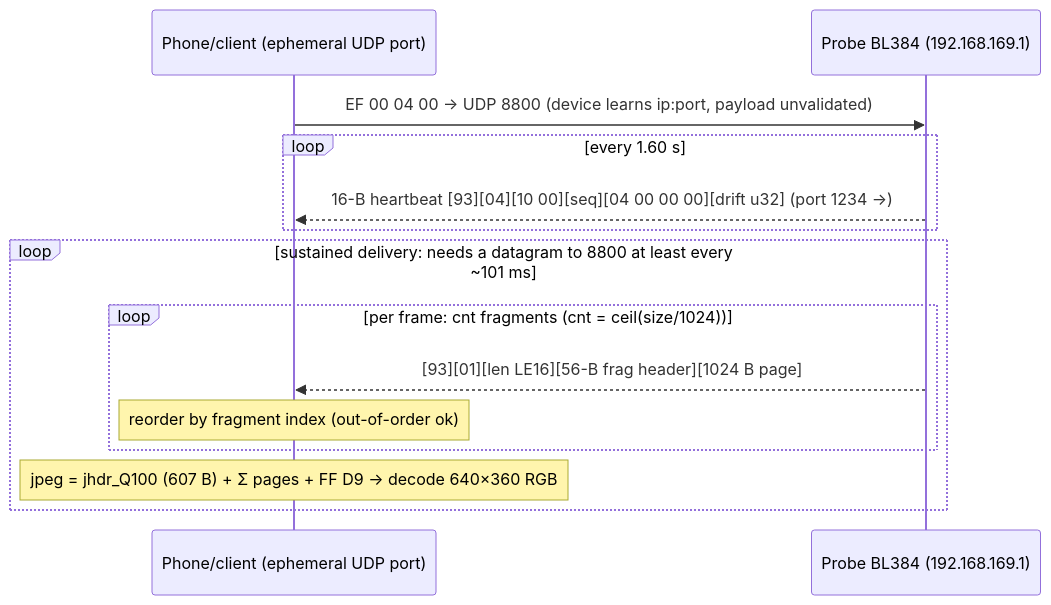
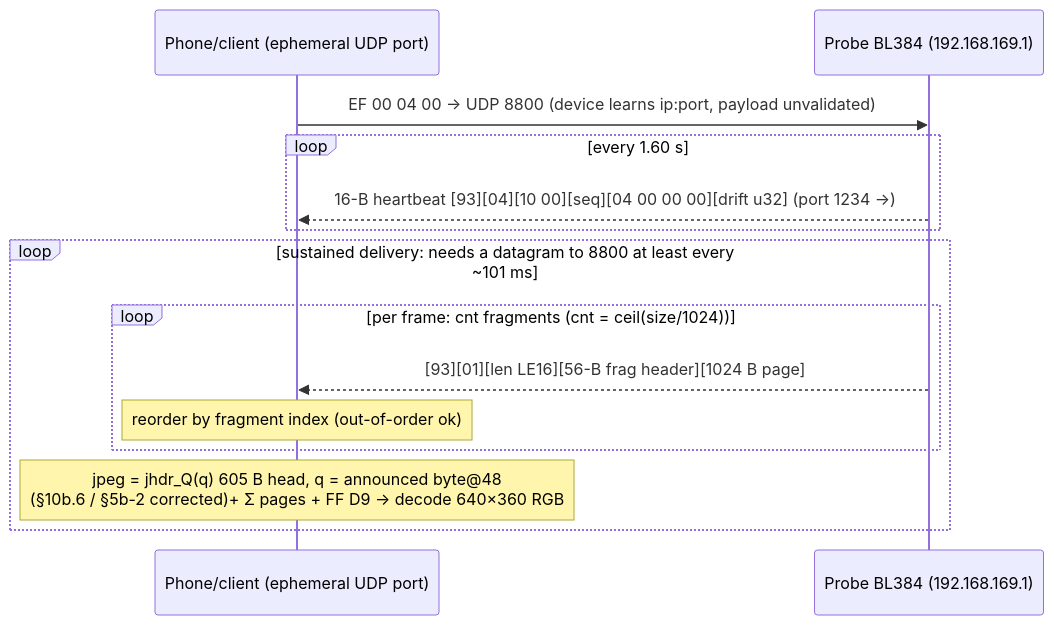
One commit to hoedur/SL_ylz_reveng changed the third of 5 diagrams in analysis/02-component-map.md. Above: the diagram before and after it, drawn with Mermaid. The commit also changed 918 other files, not shown here.

````diff
--- a/analysis/02-component-map.md
+++ b/analysis/02-component-map.md
@@ -98,17 +98,17 @@
 ```mermaid
 sequenceDiagram
     participant P as Phone/client (ephemeral UDP port)
     participant D as Probe BL384 (192.168.169.1)
 
     P->>D: EF 00 04 00 → UDP 8800 (device learns ip:port, payload unvalidated)
     loop every 1.60 s
         D-->>P: 16-B heartbeat [93][04][10 00][seq][04 00 00 00][drift u32] (port 1234 →)
     end
     loop sustained delivery: needs a datagram to 8800 at least every ~101 ms
         loop per frame: cnt fragments (cnt = ceil(size/1024))
             D-->>P: [93][01][len LE16][56-B frag header][1024 B page]
             Note over P: reorder by fragment index (out-of-order ok)
         end
-        Note over P: jpeg = jhdr_Q100 (607 B) + Σ pages + FF D9 → decode 640×360 RGB
+        Note over P: jpeg = jhdr_Q(q) 605 B head, q = announced byte@48<br/>(§10b.6 / §5b-2 corrected)+ Σ pages + FF D9 → decode 640×360 RGB
     end
 ```
````
